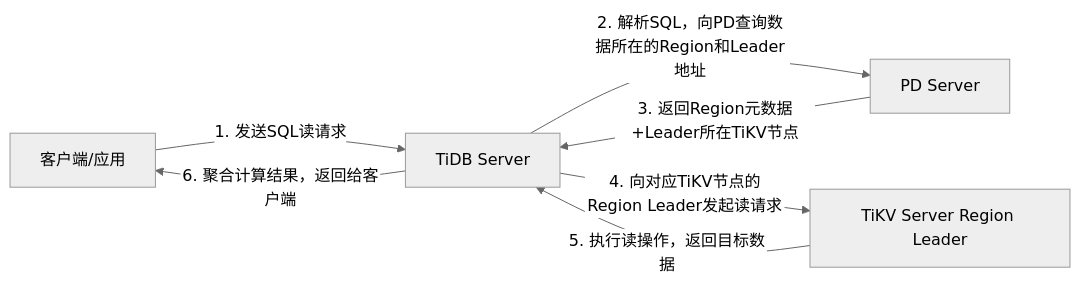
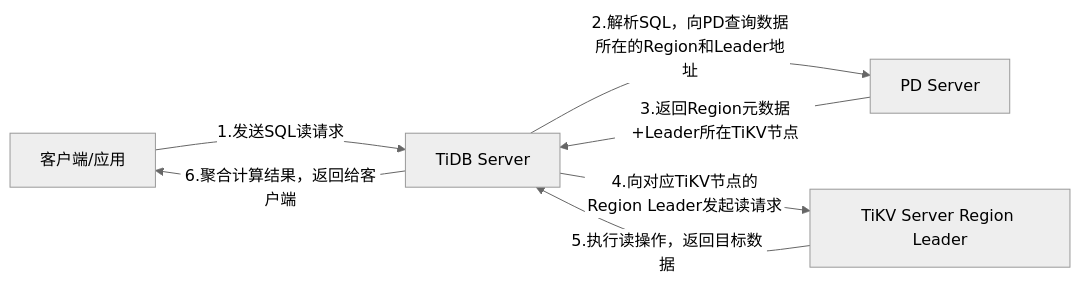
Before and after one commit to JW-Yin/my-learning-codes: the second of 3 diagrams in backend/database/tidb/运行原理.md, drawn with Mermaid (neutral theme). The commit also changed other lines of this file and 1 other file, not shown here.

````diff
--- a/backend/database/tidb/运行原理.md
+++ b/backend/database/tidb/运行原理.md
@@ -136,9 +136,9 @@
 ```mermaid
 graph LR
-    A[客户端/应用] -->|1. 发送SQL读请求| B[TiDB Server]
-    B -->|2. 解析SQL，向PD查询数据所在的Region和Leader地址| C[PD Server]
-    C -->|3. 返回Region元数据+Leader所在TiKV节点| B
-    B -->|4. 向对应TiKV节点的Region Leader发起读请求| D[TiKV Server Region Leader]
-    D -->|5. 执行读操作，返回目标数据| B
-    B -->|6. 聚合计算结果，返回给客户端| A
+    A[客户端/应用] -->|1.发送SQL读请求| B[TiDB Server]
+    B -->|2.解析SQL，向PD查询数据所在的Region和Leader地址| C[PD Server]
+    C -->|3.返回Region元数据+Leader所在TiKV节点| B
+    B -->|4.向对应TiKV节点的Region Leader发起读请求| D[TiKV Server Region Leader]
+    D -->|5.执行读操作，返回目标数据| B
+    B -->|6.聚合计算结果，返回给客户端| A
 ```
````
